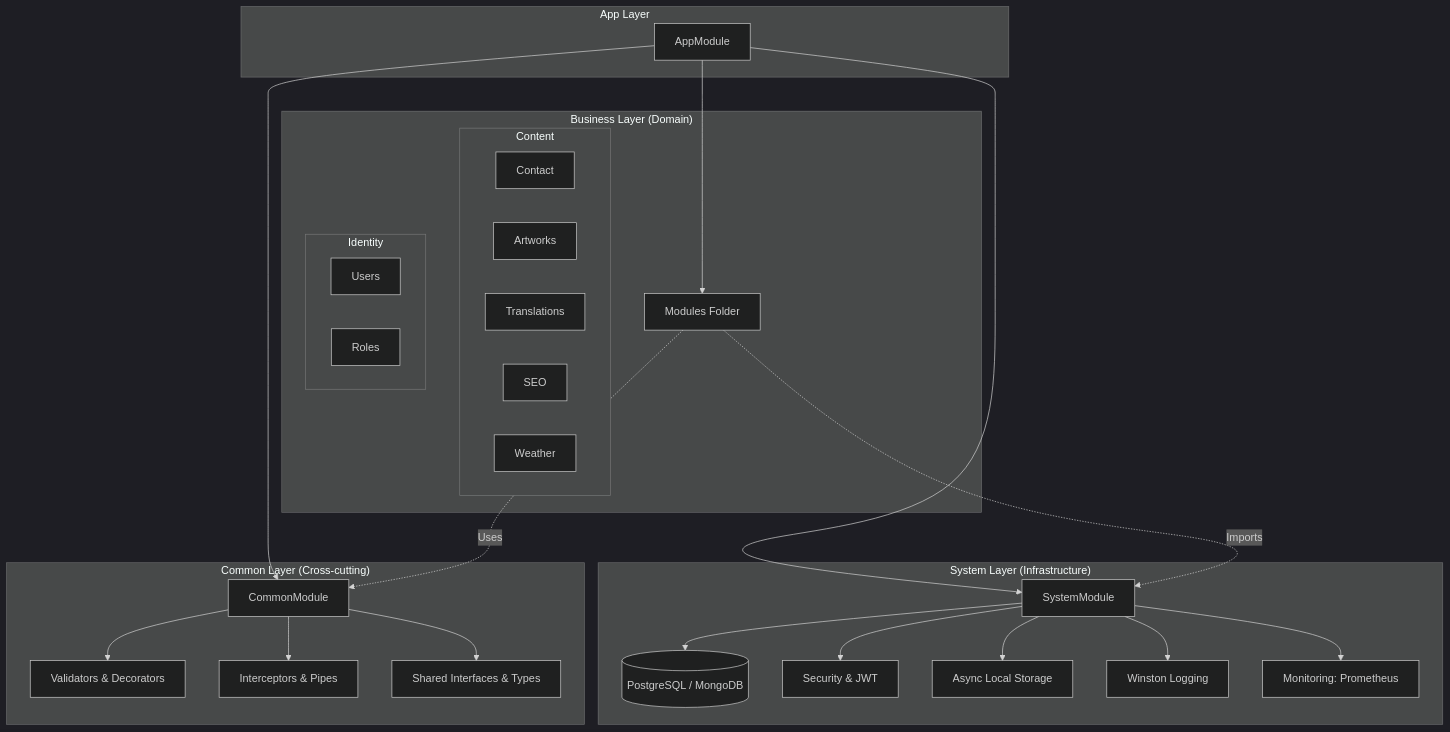
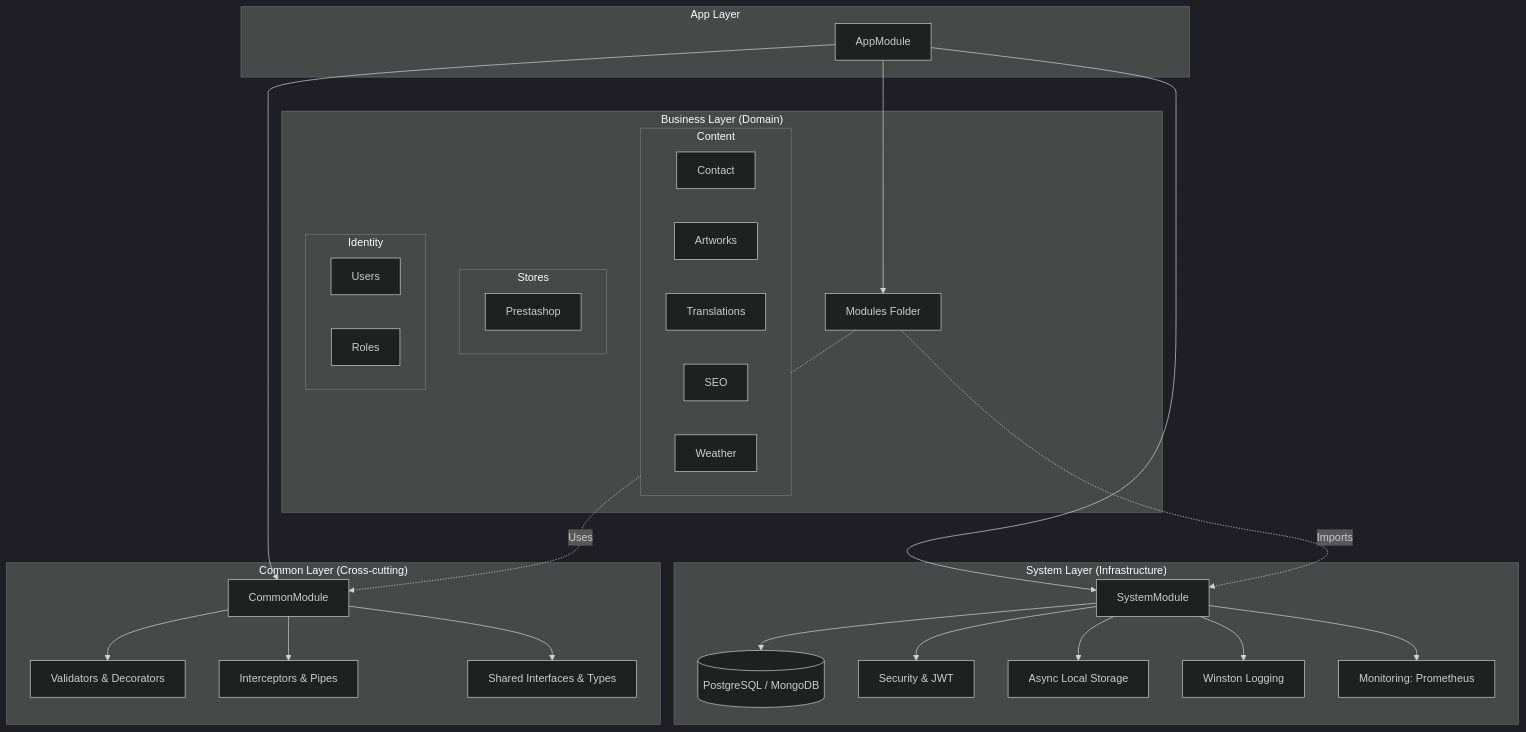
Before and after one commit to mcityscreations/mcs_api3: the diagram in readme.md, drawn with Mermaid (dark theme). The commit also changed other lines of this file, not shown here.

Commit message:
Readme update

````diff
--- a/readme.md
+++ b/readme.md
@@ -50,46 +51,50 @@
 ```mermaid
 graph TD
     subgraph "App Layer"
         AM[AppModule]
     end
 
     subgraph "System Layer (Infrastructure)"
         SM[SystemModule]
         SM --> DB[(PostgreSQL / MongoDB)]
         SM --> SEC[Security & JWT]
         SM --> ALS[Async Local Storage]
         SM --> LOG[Winston Logging]
         SM --> MON[Monitoring: Prometheus]
     end
 
     subgraph "Common Layer (Cross-cutting)"
         CM[CommonModule]
         CM --> VD[Validators & Decorators]
         CM --> INT[Interceptors & Pipes]
         CM --> TYP[Shared Interfaces & Types]
     end
 
     subgraph "Business Layer (Domain)"
         BM[Modules Folder]
         
         subgraph "Content"
             CTM[Contact]
             AWM[Artworks]
             TSM[Translations]
             SEOM[SEO]
             WEM[Weather]
         end
 
+        subgraph "Stores"
+            PRS[Prestashop]
+        end
+
         subgraph "Identity"
             USR[Users]
             ROL[Roles]
         end
     end
 
     %% Relations
     AM --> SM
     AM --> CM
     AM --> BM
     BM -.-> |Imports| SM
     BM -.-> |Uses| CM
 ```
````
